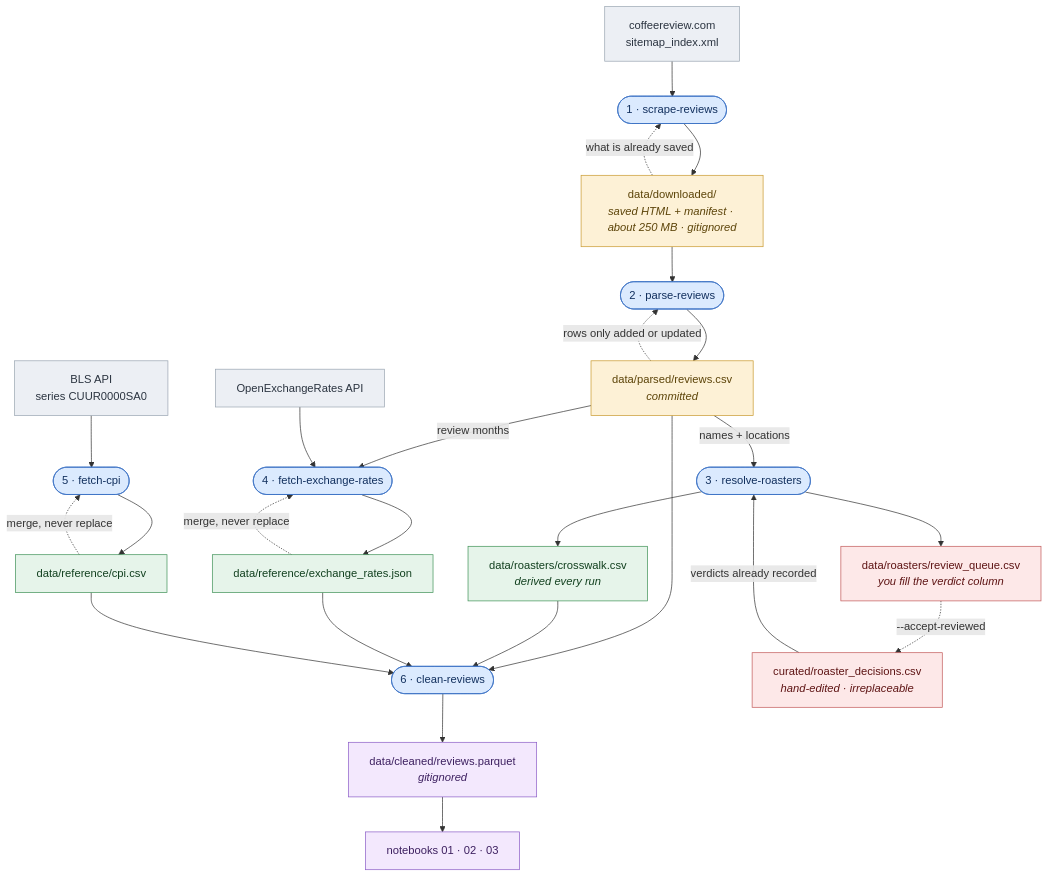
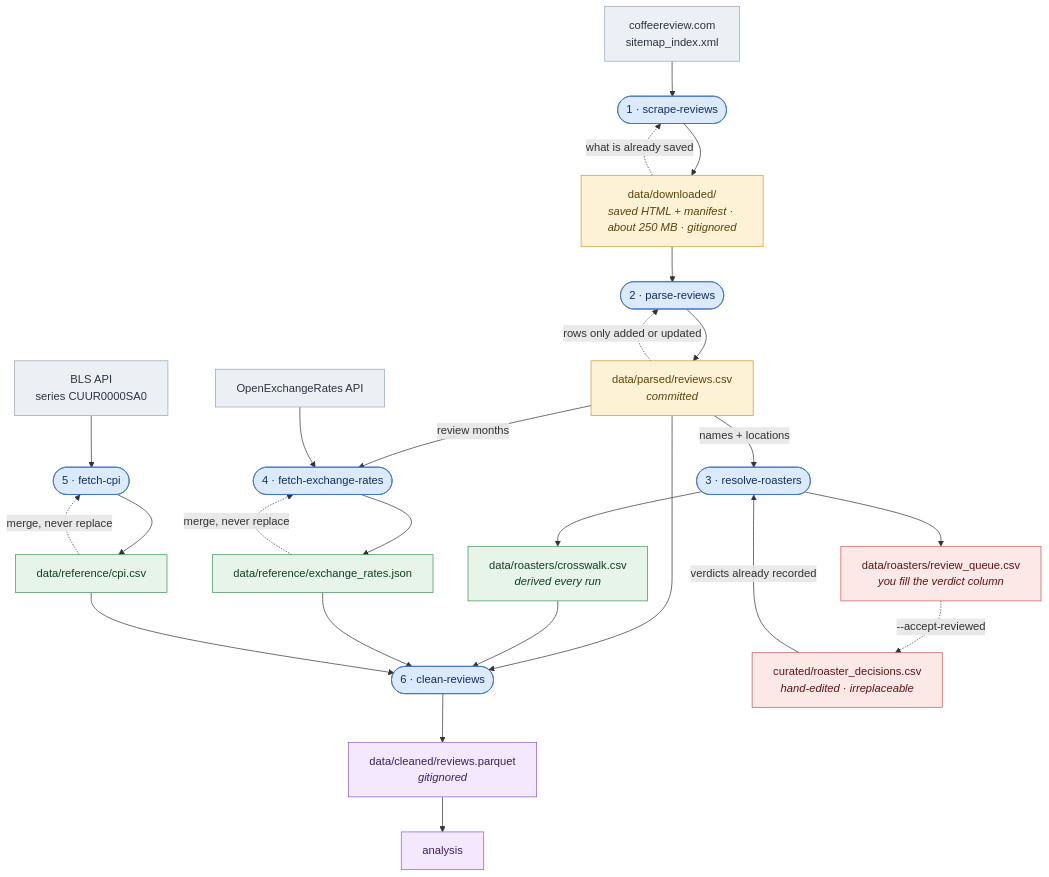
The diagram in docs/data-flow.md (tynardone/coffee-review-analysis), drawn with Mermaid before and after one commit. The commit also changed other lines of this file and 5 other files, not shown here.

````diff
--- a/docs/data-flow.md
+++ b/docs/data-flow.md
@@ -8,56 +8,56 @@
 ```mermaid
 flowchart TD
     classDef ext fill:#eceff4,stroke:#9aa5b1,color:#2b3440
     classDef cmd fill:#dbeafe,stroke:#3b72c4,color:#12305e
     classDef data fill:#fdf1d6,stroke:#c99a2e,color:#5c4409
     classDef ref fill:#e6f4ea,stroke:#3f9257,color:#12401f
     classDef out fill:#f3e8fd,stroke:#8b5cc7,color:#3d2060
     classDef human fill:#fde8e8,stroke:#c25a5a,color:#5e1414
 
     SITE["coffeereview.com<br/>sitemap_index.xml"]:::ext
     OXR["OpenExchangeRates API"]:::ext
     BLSAPI["BLS API<br/>series CUUR0000SA0"]:::ext
 
     SCRAPE(["1 · scrape-reviews"]):::cmd
     PARSE(["2 · parse-reviews"]):::cmd
     RESOLVE(["3 · resolve-roasters"]):::cmd
     FXCMD(["4 · fetch-exchange-rates"]):::cmd
     CPICMD(["5 · fetch-cpi"]):::cmd
     CLEAN(["6 · clean-reviews"]):::cmd
 
     DOWNLOADED["data/downloaded/<br/><i>saved HTML + manifest · about 250 MB · gitignored</i>"]:::data
     PARSED["data/parsed/reviews.csv<br/><i>committed</i>"]:::data
     DEC["curated/roaster_decisions.csv<br/><i>hand-edited · irreplaceable</i>"]:::human
     QUEUE["data/roasters/review_queue.csv<br/><i>you fill the verdict column</i>"]:::human
     XWALK["data/roasters/crosswalk.csv<br/><i>derived every run</i>"]:::ref
     FX["data/reference/exchange_rates.json"]:::ref
     CPI["data/reference/cpi.csv"]:::ref
     CLEANED["data/cleaned/reviews.parquet<br/><i>gitignored</i>"]:::out
-    NB["notebooks 01 · 02 · 03"]:::out
+    NB["analysis"]:::out
 
     SITE --> SCRAPE --> DOWNLOADED
     DOWNLOADED -. "what is already saved" .-> SCRAPE
     DOWNLOADED --> PARSE --> PARSED
     PARSED -. "rows only added or updated" .-> PARSE
 
     PARSED -- "names + locations" --> RESOLVE
     DEC -- "verdicts already recorded" --> RESOLVE
     RESOLVE --> XWALK
     RESOLVE --> QUEUE
     QUEUE -. "--accept-reviewed" .-> DEC
 
     PARSED -- "review months" --> FXCMD
     OXR --> FXCMD
     FX -. "merge, never replace" .-> FXCMD
     FXCMD --> FX
 
     BLSAPI --> CPICMD
     CPI -. "merge, never replace" .-> CPICMD
     CPICMD --> CPI
 
     PARSED --> CLEAN
     XWALK --> CLEAN
     FX --> CLEAN
     CPI --> CLEAN
     CLEAN --> CLEANED --> NB
 ```
````
